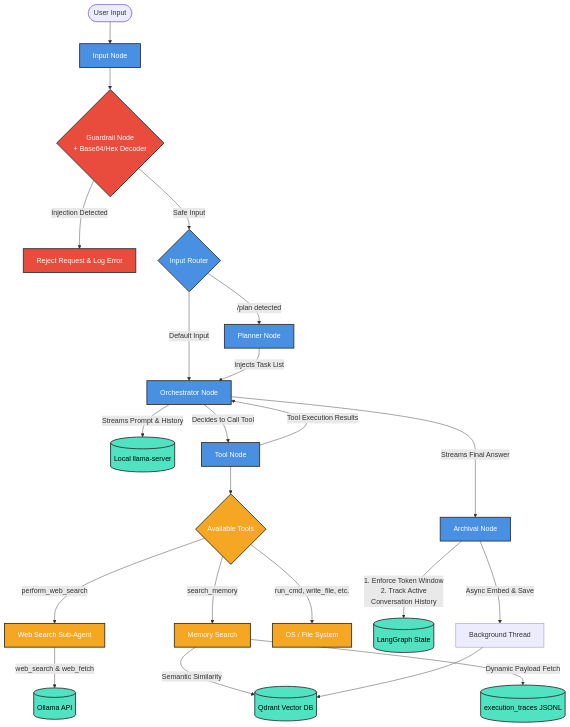
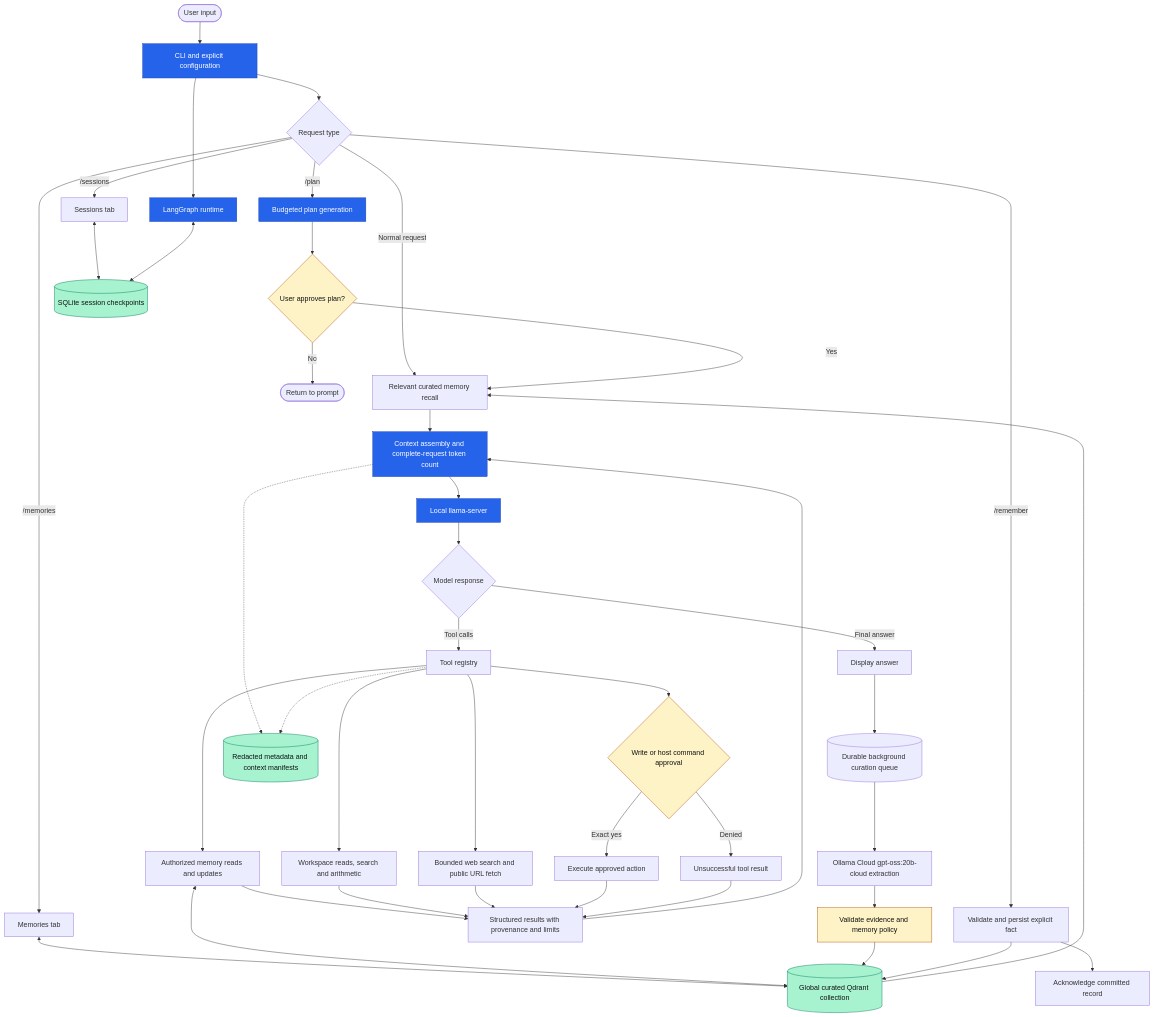
Before and after one commit to user-anto/Harness: the first of 3 diagrams in README.md, drawn with Mermaid. The commit also changed other lines of this file and 78 other files, not shown here.

Commit message:
Improved global Agent Memories by memory curation; Added Memories & Sessions management; Made the UI prettier :)

````diff
--- a/README.md
+++ b/README.md
@@ -13,52 +16,51 @@
 ```mermaid
-graph TD
-    %% User Input Flow
-    User([User Input]) --> InputNode[Input Node]
-    
-    %% Guardrail Security
-    InputNode --> Guardrail{Guardrail Node\n+ Base64/Hex Decoder}
-    Guardrail -- Injection Detected --> Reject[Reject Request & Log Error]
-    Guardrail -- Safe Input --> Router{Input Router}
-    
-    Router -- "/plan detected" --> PlannerNode[Planner Node]
-    Router -- "Default Input" --> OrchNode[Orchestrator Node]
-    PlannerNode -- "Injects Task List" --> OrchNode
-    
-    %% Main LLM Engine
-    OrchNode -- "Streams Prompt & History" --> LLM[(Local llama-server)]
-    
-    %% Routing
-    OrchNode -- "Decides to Call Tool" --> ToolNode[Tool Node]
-    OrchNode -- "Streams Final Answer" --> ArchivalNode[Archival Node]
-    
-    %% Tool Execution Sub-Graph
-    ToolNode --> Tools{Available Tools}
-    
-    Tools -- "search_memory" --> MemSearch[Memory Search]
-    Tools -- "perform_web_search" --> WebSearch[Web Search Sub-Agent]
-    Tools -- "run_cmd, write_file, etc." --> SysTools[OS / File System]
-    
-    %% Data Stores & External Dependencies
-    MemSearch -- "Semantic Similarity" --> Qdrant[(Qdrant Vector DB)]
-    MemSearch -- "Dynamic Payload Fetch" --> Traces[(execution_traces JSONL)]
-    WebSearch -- "web_search & web_fetch" --> OllamaAPI[(Ollama API)]
-    
-    %% Tool Output Loop
-    ToolNode -- "Tool Execution Results" --> OrchNode
-    
-    %% Archival & Cleanup
-    ArchivalNode -- "1. Enforce Token Window\n2. Track Active\nConversation History" --> LangGraphState[(LangGraph State)]
-    ArchivalNode -- "Async Embed & Save" --> EmbedSave[Background Thread]
-    EmbedSave --> Qdrant
-    
-    %% Styling
-    classDef primary fill:#4A90E2,stroke:#333,stroke-width:2px,color:#fff;
-    classDef storage fill:#50E3C2,stroke:#333,stroke-width:2px,color:#000;
-    classDef security fill:#E94B3C,stroke:#333,stroke-width:2px,color:#fff;
-    classDef tool fill:#F5A623,stroke:#333,stroke-width:2px,color:#fff;
-    
-    class InputNode,Router,PlannerNode,OrchNode,ArchivalNode,ToolNode primary;
-    class LLM,Qdrant,Traces,LangGraphState,OllamaAPI storage;
-    class Guardrail,Reject security;
-    class Tools,MemSearch,WebSearch,SysTools tool;
+flowchart TD
+  User([User input]) --> CLI[CLI and explicit configuration]
+  CLI --> Route{Request type}
+  Route -->|Normal request| Recall[Relevant curated memory recall]
+  Route -->|/plan| Planner[Budgeted plan generation]
+  Planner --> PlanApproval{User approves plan?}
+  PlanApproval -->|Yes| Recall
+  PlanApproval -->|No| Stop([Return to prompt])
+  Route -->|/sessions| Sessions[Sessions tab]
+  Sessions <--> SQLite
+  Route -->|/memories| Memories[Memories tab]
+  Memories <--> Qdrant
+  Route -->|/remember| Save[Validate and persist explicit fact]
+  Save --> Ack[Acknowledge committed record]
+  Recall --> Context[Context assembly and complete-request token count]
+  Context --> Model[Local llama-server]
+  Model --> Decision{Model response}
+  Decision -->|Tool calls| Registry[Tool registry]
+  Registry --> Reads[Workspace reads, search and arithmetic]
+  Registry --> Web[Bounded web search and public URL fetch]
+  Registry --> MemoryTools[Authorized memory reads and updates]
+  MemoryTools <--> Qdrant
+  MemoryTools --> Result
+  Registry --> Approval{Write or host command approval}
+  Approval -->|Exact yes| Execute[Execute approved action]
+  Approval -->|Denied| Denied[Unsuccessful tool result]
+  Reads --> Result[Structured results with provenance and limits]
+  Web --> Result
+  Execute --> Result
+  Denied --> Result
+  Result --> Context
+  Decision -->|Final answer| Answer[Display answer]
+  Answer --> Queue[(Durable background curation queue)]
+  Queue --> Extract[Ollama Cloud gpt-oss:20b-cloud extraction]
+  Extract --> Validate[Validate evidence and memory policy]
+  Validate --> Qdrant[(Global curated Qdrant collection)]
+  Save --> Qdrant
+  Qdrant --> Recall
+  CLI --> Runtime[LangGraph runtime]
+  Runtime <--> SQLite[(SQLite session checkpoints)]
+  Context -.-> Audit[(Redacted metadata and context manifests)]
+  Registry -.-> Audit
+
+  classDef engine fill:#2563eb,stroke:#1e40af,color:#fff;
+  classDef storage fill:#a7f3d0,stroke:#047857,color:#111;
+  classDef gate fill:#fef3c7,stroke:#b45309,color:#111;
+  class CLI,Planner,Context,Model,Runtime engine;
+  class Qdrant,SQLite,Audit storage;
+  class PlanApproval,Approval,Validate gate;
 ```
````
